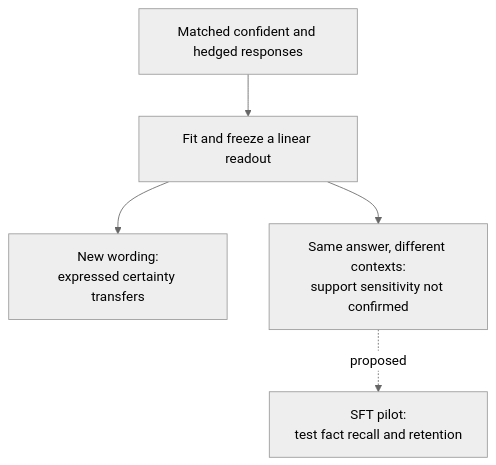
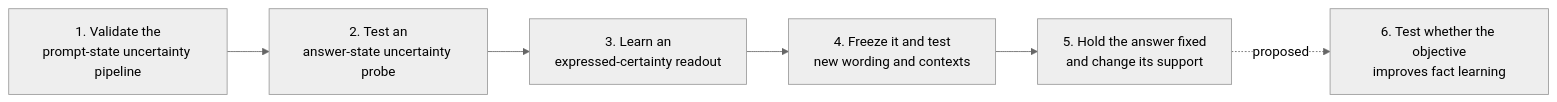
One commit to WenyiJin2003/mechanistic-confidence-sdt changed the diagram in README.md. Above: the diagram before and after it, drawn with Mermaid (neutral theme). The commit also changed other lines of this file and 14 other files, not shown here.

Commit message:
Clarify the project name and research sequence (#7)

````diff
--- a/README.md
+++ b/README.md
@@ -39,7 +49,8 @@
 ```mermaid
-flowchart TD
-    P["Matched confident and hedged responses"] --> D["Fit and freeze a linear readout"]
-    D --> W["New wording:<br/>expressed certainty transfers"]
-    D --> C["Same answer, different contexts:<br/>support sensitivity not confirmed"]
-    C -. "proposed" .-> L["SFT pilot:<br/>test fact recall and retention"]
+flowchart LR
+    S1["1. Validate the<br/>prompt-state uncertainty pipeline"] --> S2["2. Test an<br/>answer-state uncertainty probe"]
+    S2 --> S3["3. Learn an<br/>expressed-certainty readout"]
+    S3 --> S4["4. Freeze it and test<br/>new wording and contexts"]
+    S4 --> S5["5. Hold the answer fixed<br/>and change its support"]
+    S5 -. "proposed" .-> S6["6. Test whether the objective<br/>improves fact learning"]
 ```
````
